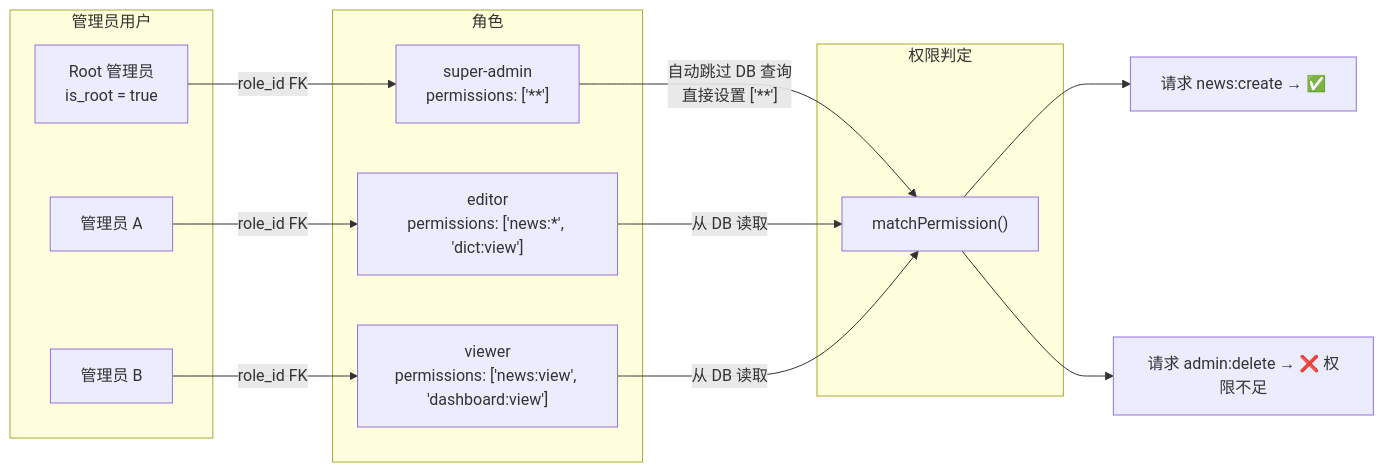
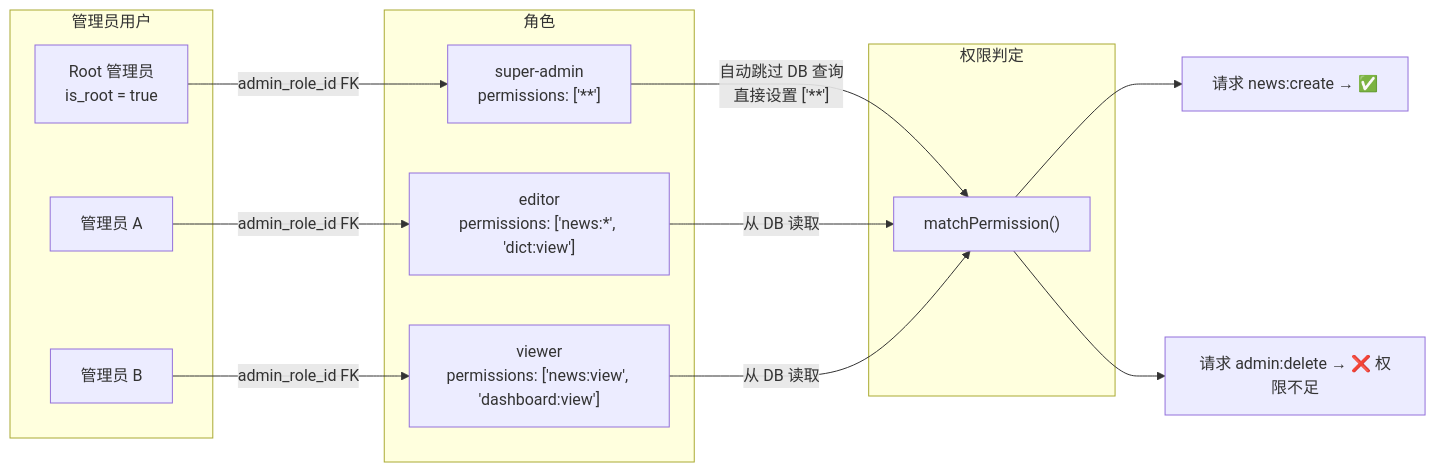
The sixth of 10 diagrams in docs/auth-permission-model.md (easyx-dev/fsdx), drawn with Mermaid before and after one commit. The commit also changed other lines of this file and 11 other files, not shown here.

````diff
--- a/docs/auth-permission-model.md
+++ b/docs/auth-permission-model.md
@@ -305,29 +305,29 @@
 ```mermaid
 flowchart LR
     subgraph AdminUsers["管理员用户"]
         Root["Root 管理员<br/>is_root = true"]
         Admin1["管理员 A"]
         Admin2["管理员 B"]
     end
 
     subgraph Roles["角色"]
         SuperRole["super-admin<br/>permissions: ['**']"]
         EditorRole["editor<br/>permissions: ['news:*', 'dict:view']"]
         ViewerRole["viewer<br/>permissions: ['news:view', 'dashboard:view']"]
     end
 
     subgraph PermLogic["权限判定"]
         Match["matchPermission()"]
     end
 
-    Root -->|"role_id FK"| SuperRole
-    Admin1 -->|"role_id FK"| EditorRole
-    Admin2 -->|"role_id FK"| ViewerRole
+    Root -->|"admin_role_id FK"| SuperRole
+    Admin1 -->|"admin_role_id FK"| EditorRole
+    Admin2 -->|"admin_role_id FK"| ViewerRole
 
     SuperRole -->|"自动跳过 DB 查询<br/>直接设置 ['**']"| Match
     EditorRole -->|"从 DB 读取"| Match
     ViewerRole -->|"从 DB 读取"| Match
 
     Match --> Result1["请求 news:create → ✅"]
     Match --> Result2["请求 admin:delete → ❌ 权限不足"]
 ```
````
